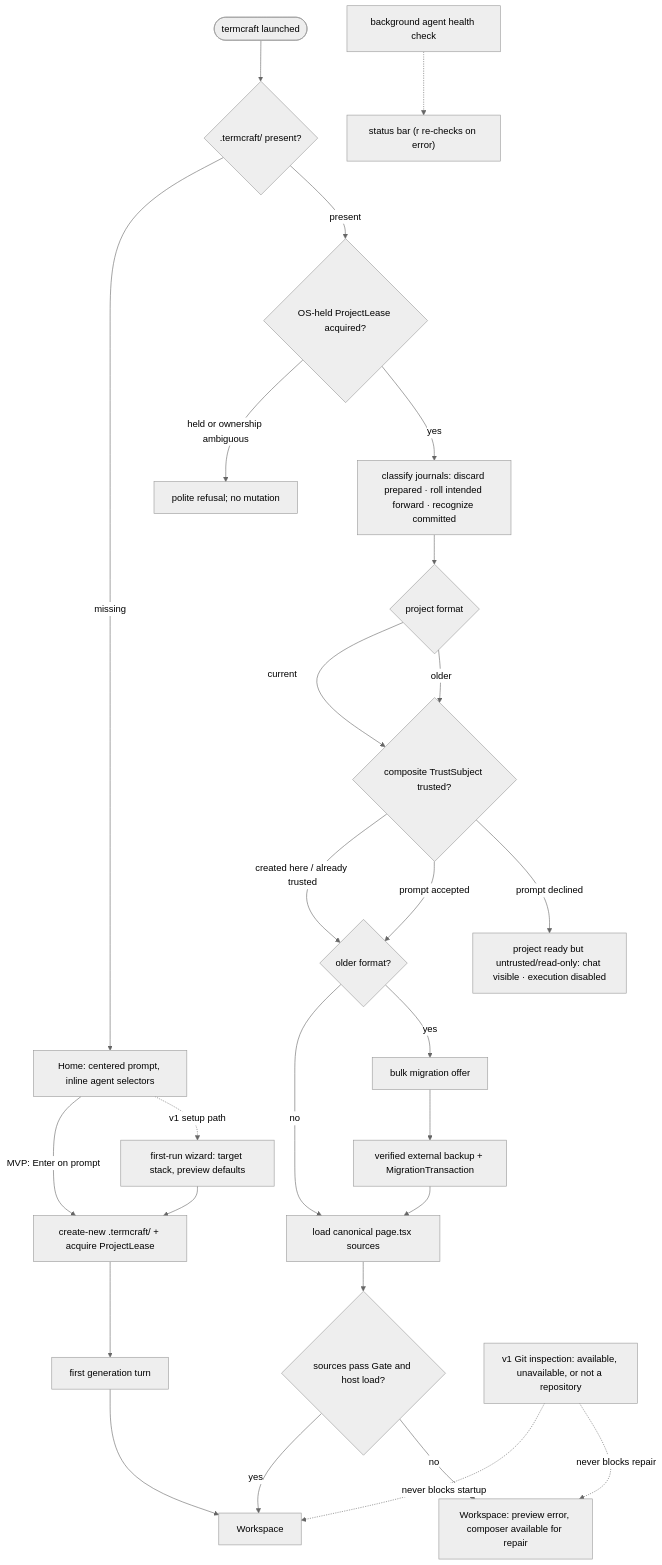
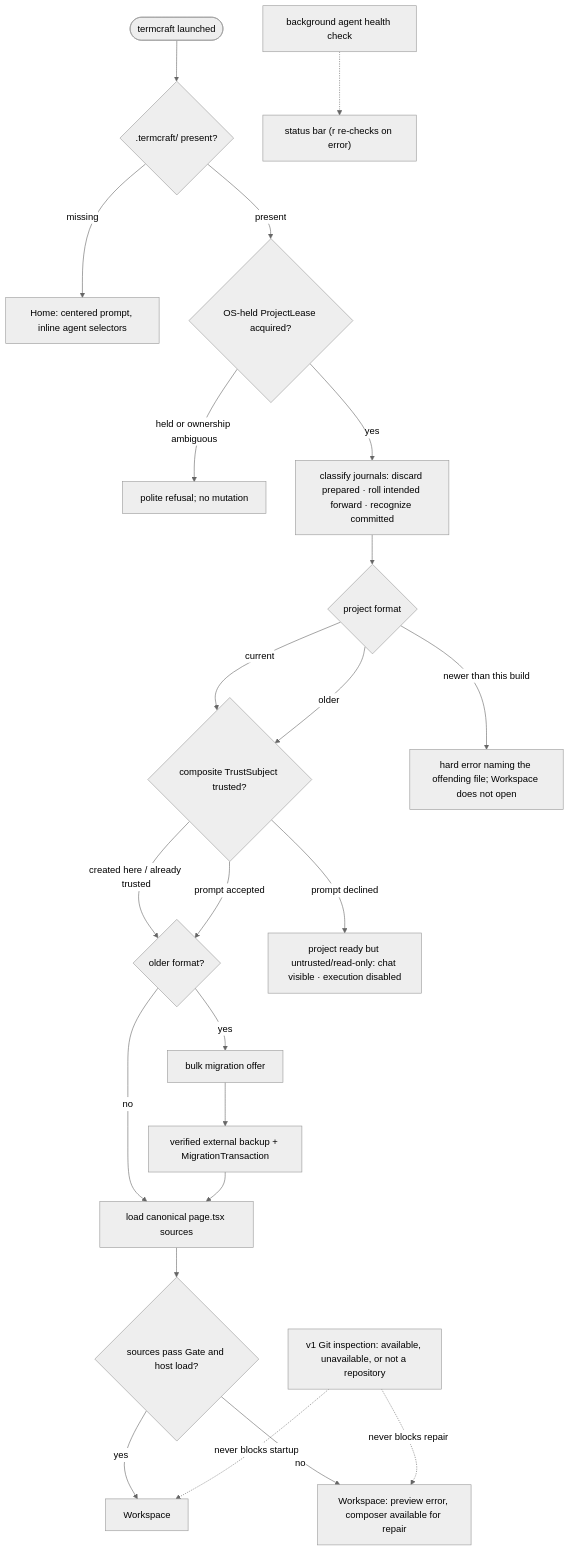
One commit to khmilevoi/termcraft changed the first of 2 diagrams in docs/architecture/flows/launch.md. Above: the diagram before and after it, drawn with Mermaid (neutral theme). The commit also changed other lines of this file and 12 other files, not shown here.

First line of the commit message:
docs(architecture): migrate Source anchors from specs to real source files

````diff
--- a/docs/architecture/flows/launch.md
+++ b/docs/architecture/flows/launch.md
@@ -3,25 +3,22 @@
 ```mermaid
 flowchart TD
     start(["termcraft launched"]) --> findq{".termcraft/ present?"}
     findq -- "missing" --> home["Home: centered prompt, inline agent selectors"]
     findq -- "present" --> lockq{"OS-held ProjectLease acquired?"}
     lockq -- "held or ownership ambiguous" --> refuse["polite refusal; no mutation"]
     lockq -- "yes" --> recover["classify journals: discard prepared · roll intended forward · recognize committed"] --> formatq{"project format"}
     formatq -- "current" --> trustq{"composite TrustSubject trusted?"}
     formatq -- "older" --> trustq
+    formatq -- "newer than this build" --> toonew["hard error naming the offending file; Workspace does not open"]
     trustq -- "created here / already trusted" --> posttrust{"older format?"}
     trustq -- "prompt accepted" --> posttrust
     trustq -- "prompt declined" --> untrusted["project ready but untrusted/read-only: chat visible · execution disabled"]
     posttrust -- "no" --> load["load canonical page.tsx sources"]
     posttrust -- "yes" --> offer["bulk migration offer"] --> migrate["verified external backup + MigrationTransaction"] --> load
     load --> sourceq{"sources pass Gate and host load?"}
     sourceq -- "yes" --> ws["Workspace"]
     sourceq -- "no" --> broken["Workspace: preview error, composer available for repair"]
-    home -- "MVP: Enter on prompt" --> create["create-new .termcraft/ + acquire ProjectLease"]
-    home -. "v1 setup path" .-> wizard["first-run wizard: target stack, preview defaults"]
-    wizard --> create
-    create --> firstgen["first generation turn"] --> ws
     gitstate["v1 Git inspection: available, unavailable, or not a repository"] -. "never blocks startup" .-> ws
     gitstate -. "never blocks repair" .-> broken
     health["background agent health check"] -.-> bar["status bar (r re-checks on error)"]
 ```
````
